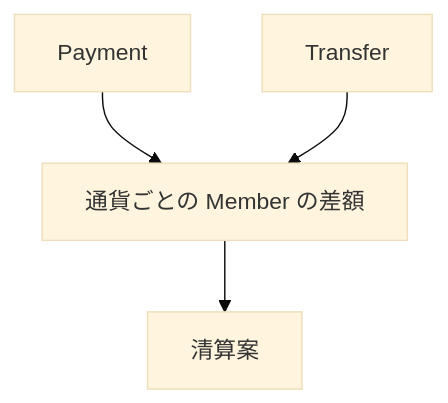
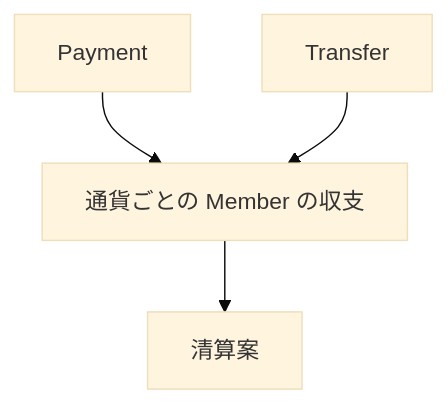
Before and after one commit to adelppi/mmkn: the first of 2 diagrams in docs/domain/settlement.md, drawn with Mermaid (base theme). The commit also changed other lines of this file and 16 other files, not shown here.

````diff
--- a/docs/domain/settlement.md
+++ b/docs/domain/settlement.md
@@ -7,6 +7,6 @@
 ```mermaid
 flowchart TD
-    P[Payment] --> D["通貨ごとの Member の差額"]
+    P[Payment] --> D["通貨ごとの Member の収支"]
     T[Transfer] --> D
     D --> S[清算案]
 ```
````
